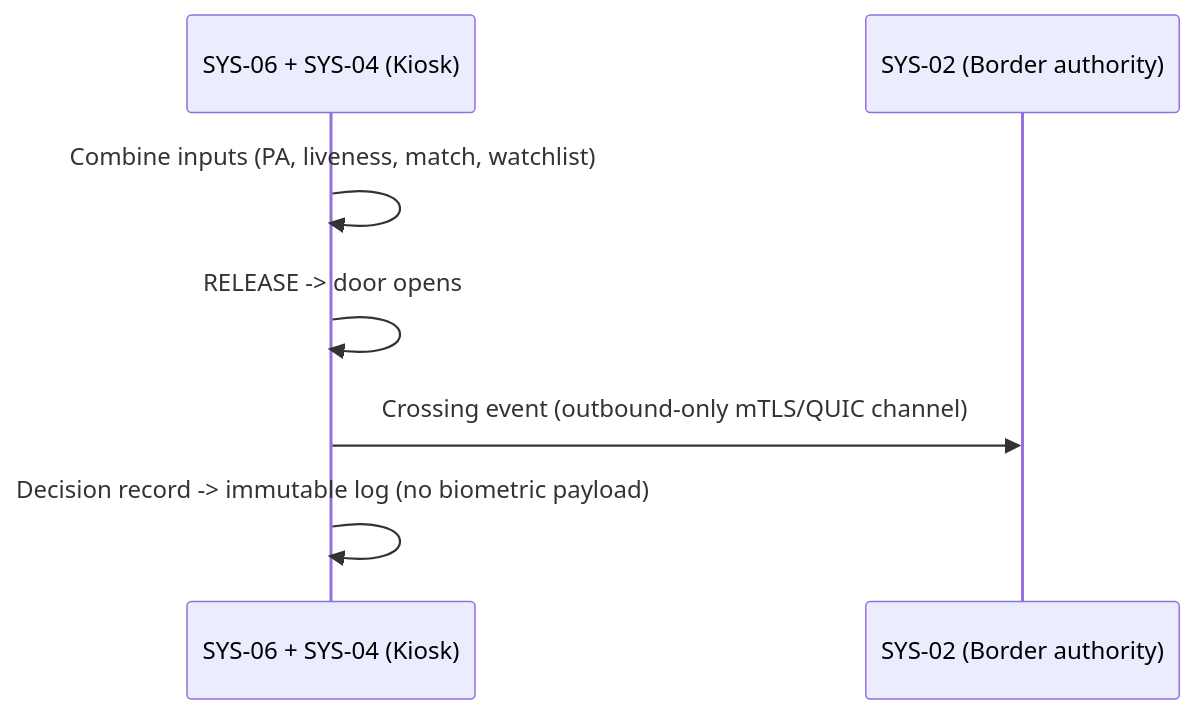
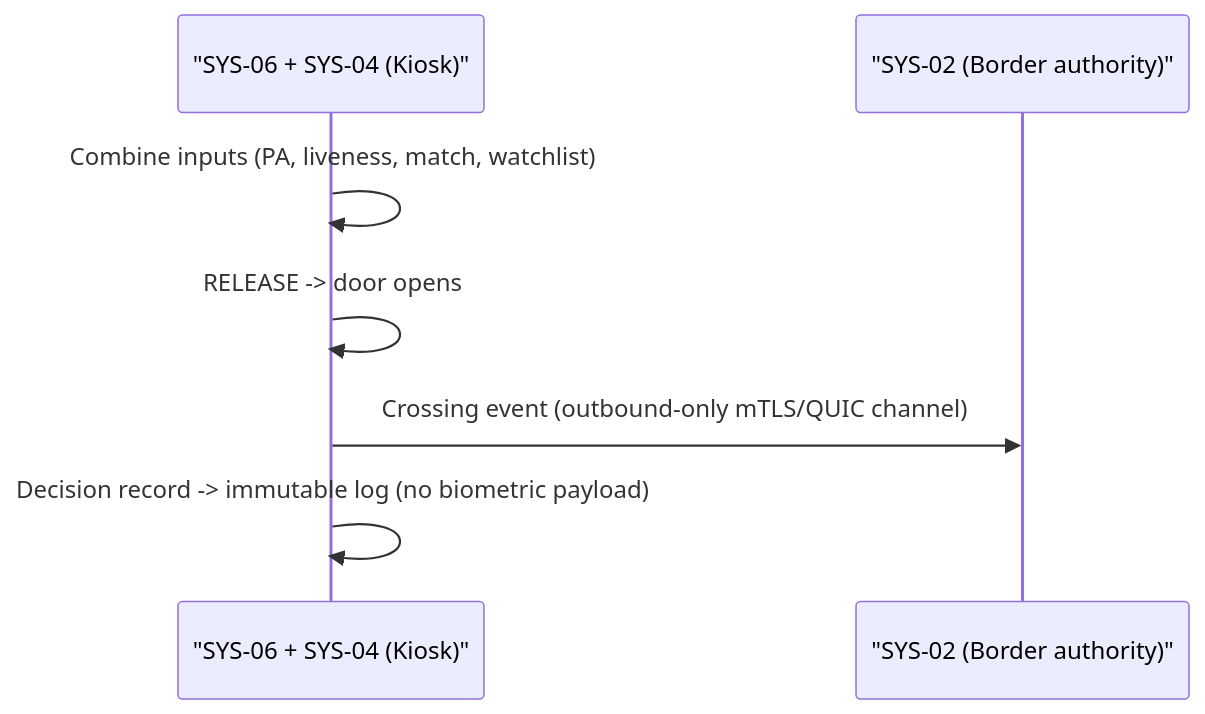
The fifth of 21 diagrams in 02_CASES/Case_02_SecureBorder_Solutions/03_PHASE3_DECOMPOSITION/annexes/B_Sequence_Diagrams.md (pauloribeiro16/Methodology_compact), drawn with Mermaid before and after one commit. The commit also changed other lines of this file and 33 other files, not shown here.

Commit message:
[EXECUTOR] Mermaid render fix: 26 UC diagrams → PlantUML+SVG hybrid (Mermaid has no useCaseDiagram, #4628), sequence syntax repaired (';' separators, OFF keyword collision, fence join) — validator 192/192 OK, smoke 16/16

````diff
--- a/02_CASES/Case_02_SecureBorder_Solutions/03_PHASE3_DECOMPOSITION/annexes/B_Sequence_Diagrams.md
+++ b/02_CASES/Case_02_SecureBorder_Solutions/03_PHASE3_DECOMPOSITION/annexes/B_Sequence_Diagrams.md
@@ -76,9 +76,9 @@
 ```mermaid
 sequenceDiagram
-    participant KIOSK as SYS-06 + SYS-04 (Kiosk)
-    participant AUTH as SYS-02 (Border authority)
+    participant KIOSK as "SYS-06 + SYS-04 (Kiosk)"
+    participant AUTH as "SYS-02 (Border authority)"
     KIOSK->>KIOSK: Combine inputs (PA, liveness, match, watchlist)
     KIOSK->>KIOSK: RELEASE -> door opens
     KIOSK->>AUTH: Crossing event (outbound-only mTLS/QUIC channel)
     KIOSK->>KIOSK: Decision record -> immutable log (no biometric payload)
 ```
````
